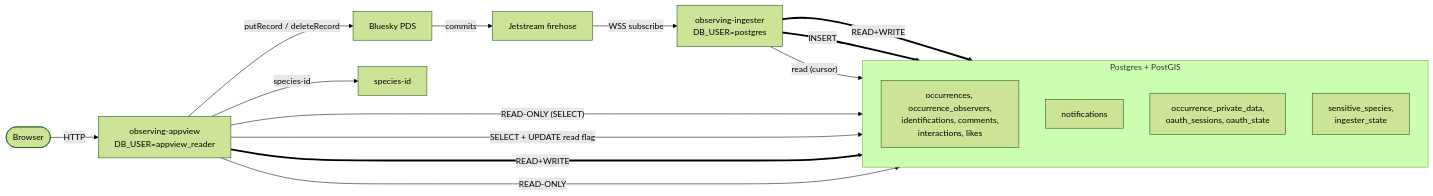
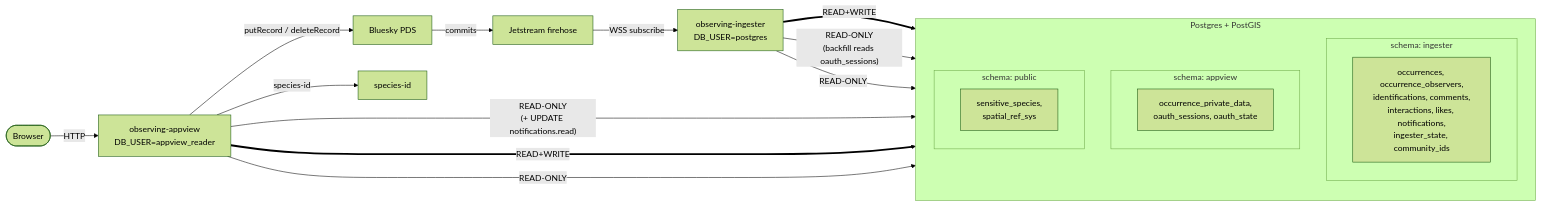
Before and after one commit to observ-ing/core: the diagram in docs/architecture.md, drawn with Mermaid (forest theme). The commit also changed other lines of this file, not shown here.

Commit message:
docs(architecture): show per-schema r/o vs r/w in system diagram
Follow-up to #324. Replaces the flat table list with three schema
subgraphs (ingester, appview, public) and labels each service-to-schema
arrow with its access level.

````diff
--- a/docs/architecture.md
+++ b/docs/architecture.md
@@ -5,32 +5,36 @@
 ```mermaid
 flowchart LR
     User([Browser])
     PDS[Bluesky PDS]
     JS[Jetstream firehose]
     AV[observing-appview<br/>DB_USER=appview_reader]
     IG[observing-ingester<br/>DB_USER=postgres]
     SID[species-id]
 
     subgraph DB["Postgres + PostGIS"]
       direction TB
-      T1["occurrences, occurrence_observers,<br/>identifications, comments,<br/>interactions, likes"]
-      T2[notifications]
-      T3["occurrence_private_data,<br/>oauth_sessions, oauth_state"]
-      T4["sensitive_species,<br/>ingester_state"]
+      subgraph ING["schema: ingester"]
+        ING_TBL["occurrences, occurrence_observers,<br/>identifications, comments,<br/>interactions, likes, notifications,<br/>ingester_state, community_ids"]
+      end
+      subgraph APPV["schema: appview"]
+        APPV_TBL["occurrence_private_data,<br/>oauth_sessions, oauth_state"]
+      end
+      subgraph PUB["schema: public"]
+        PUB_TBL["sensitive_species,<br/>spatial_ref_sys"]
+      end
     end
 
     User -- HTTP --> AV
     AV -- "putRecord / deleteRecord" --> PDS
     PDS -- commits --> JS
     JS -- "WSS subscribe" --> IG
     AV -- species-id --> SID
 
-    IG == "READ+WRITE" ==> T1
-    IG == "INSERT" ==> T2
-    IG -- "read (cursor)" --> T4
+    IG == "READ+WRITE" ==> ING
+    IG -- "READ-ONLY<br/>(backfill reads oauth_sessions)" --> APPV
+    IG -- "READ-ONLY" --> PUB
 
-    AV -- "READ-ONLY (SELECT)" --> T1
-    AV -- "SELECT + UPDATE read flag" --> T2
-    AV == "READ+WRITE" ==> T3
-    AV -- "READ-ONLY" --> T4
+    AV -- "READ-ONLY<br/>(+ UPDATE notifications.read)" --> ING
+    AV == "READ+WRITE" ==> APPV
+    AV -- "READ-ONLY" --> PUB
 ```
````
